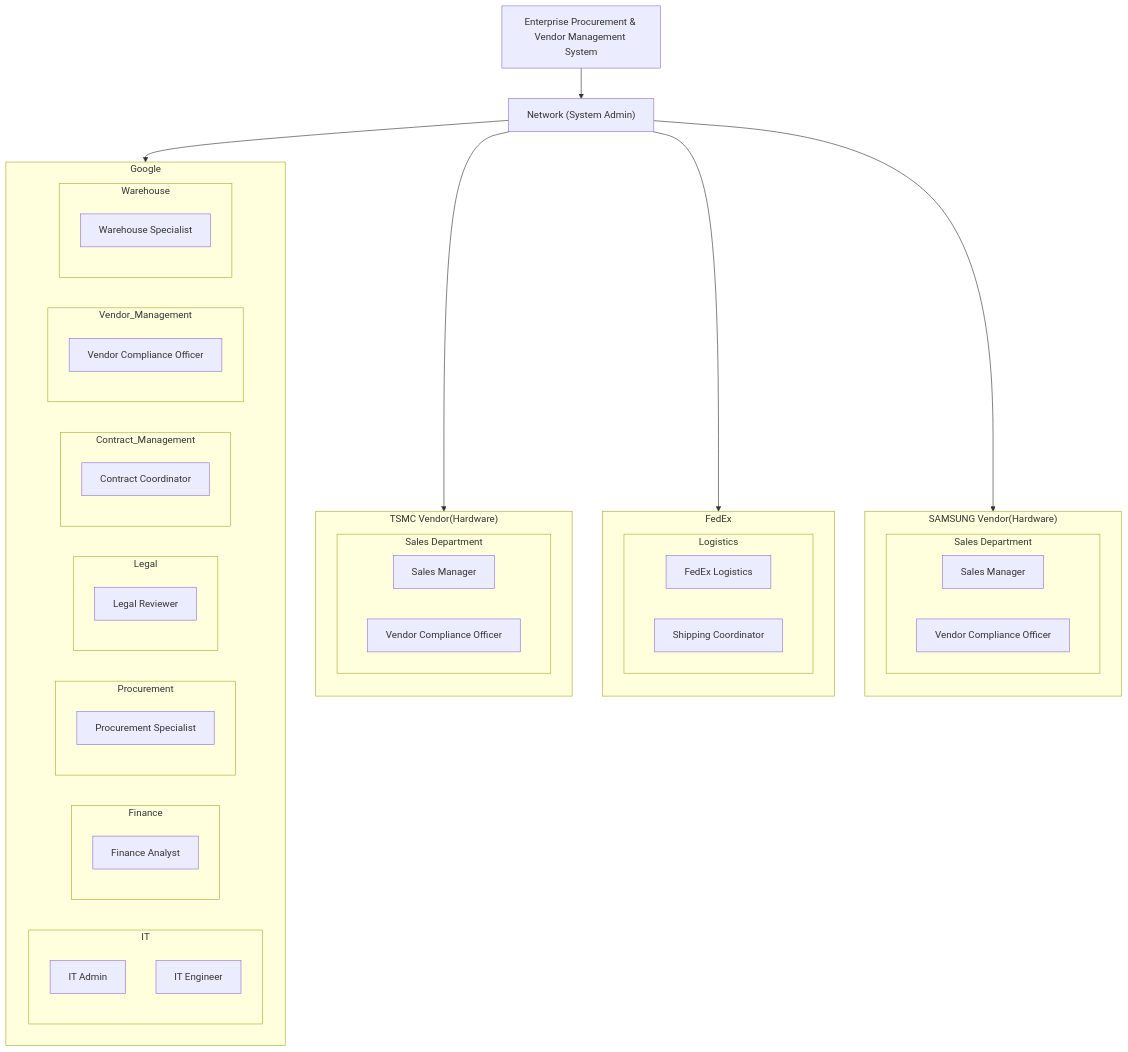
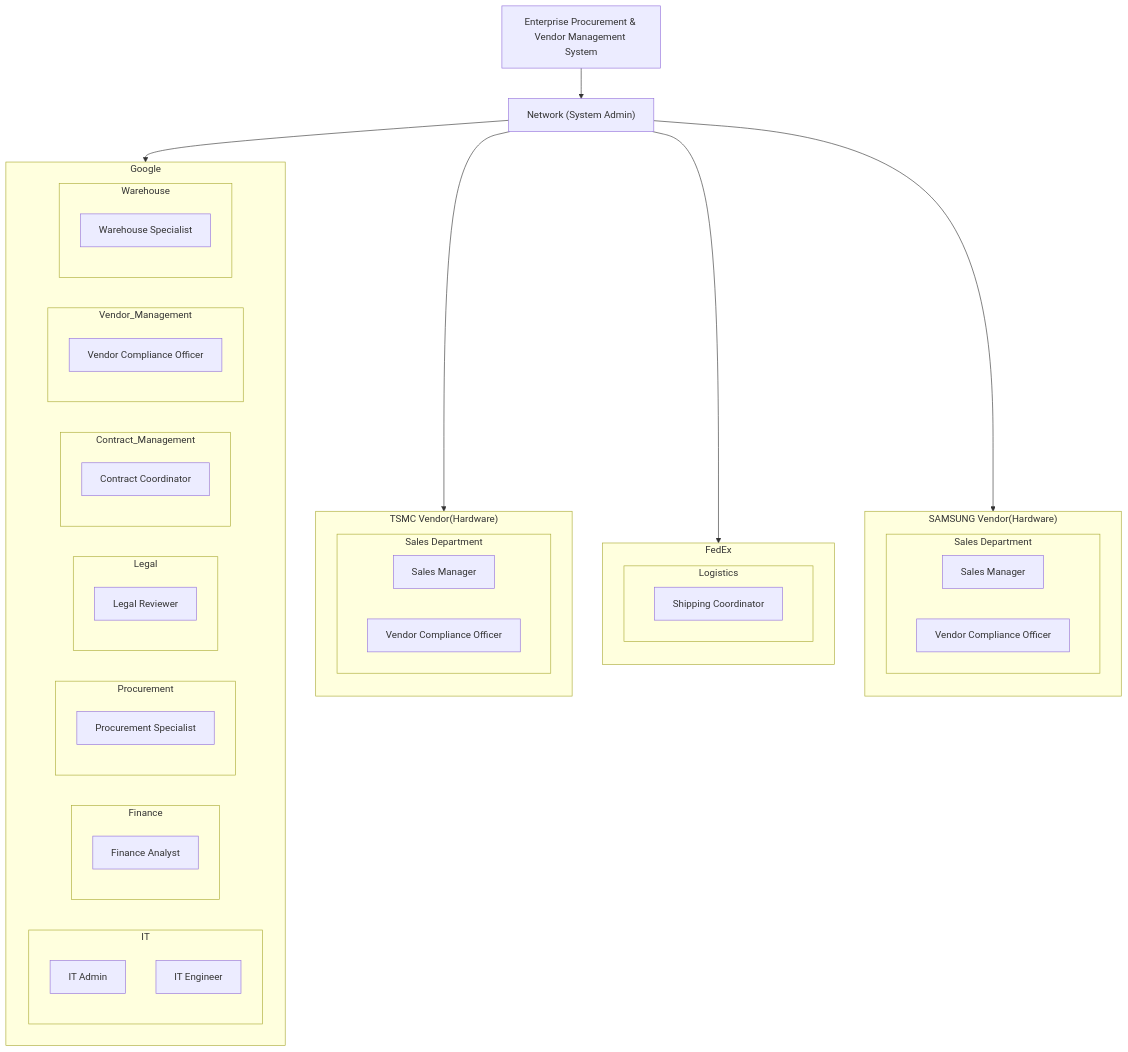
Before and after one commit to IsaacTai123/procurement_ecosystem: the first of 6 diagrams in README.md, drawn with Mermaid. The commit also changed other lines of this file, not shown here.

````diff
--- a/README.md
+++ b/README.md
@@ -5,75 +5,74 @@
 ```mermaid
 flowchart TB
     A[Enterprise Procurement & Vendor Management System] 
     N["Network (System Admin)"]
 
     A --> N
     N --> Google
     N --> TSMC["TSMC Vendor(Hardware)"]
     N --> FedEx
     N --> SAMSUNG["SAMSUNG Vendor(Hardware)"]
 
     %% Google
     subgraph Google
         direction LR
 
         subgraph IT
             A1_1[IT Admin]
             A1_2[IT Engineer]
         end
 
         subgraph Finance
             A2_1[Finance Analyst]
         end
 
         subgraph Procurement
             A3_1[Procurement Specialist]
         end
 
         subgraph Legal
             A4_1[Legal Reviewer]
         end
 
         subgraph Contract_Management
             A5_1[Contract Coordinator]
         end
 
         subgraph Vendor_Management
             A6_1[Vendor Compliance Officer]
         end
 
         subgraph Warehouse
             A7_1[Warehouse Specialist]
         end
     end
 
     %% TSMC
     subgraph TSMC["TSMC Vendor(Hardware)"]
         direction TB
 
         subgraph TSMC_Sales["Sales Department"]
             B1_1[Sales Manager]
             B1_2[Vendor Compliance Officer]
         end
     end
     
     %% FedEx
     subgraph FedEx
         direction TB
 
         subgraph Logistics
-            C1[FedEx Logistics]
             C1_1[Shipping Coordinator]
         end
     end
     
     %% SAMSUNG
     subgraph SAMSUNG["SAMSUNG Vendor(Hardware)"]
         direction TB
 
         subgraph SAMSUNG_Sales["Sales Department"]
             D1_1[Sales Manager]
             D1_2[Vendor Compliance Officer]
         end
     end
 ```
````
